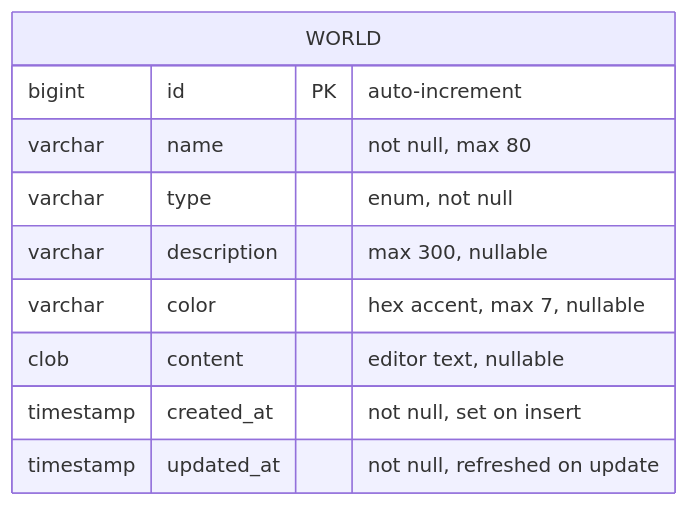
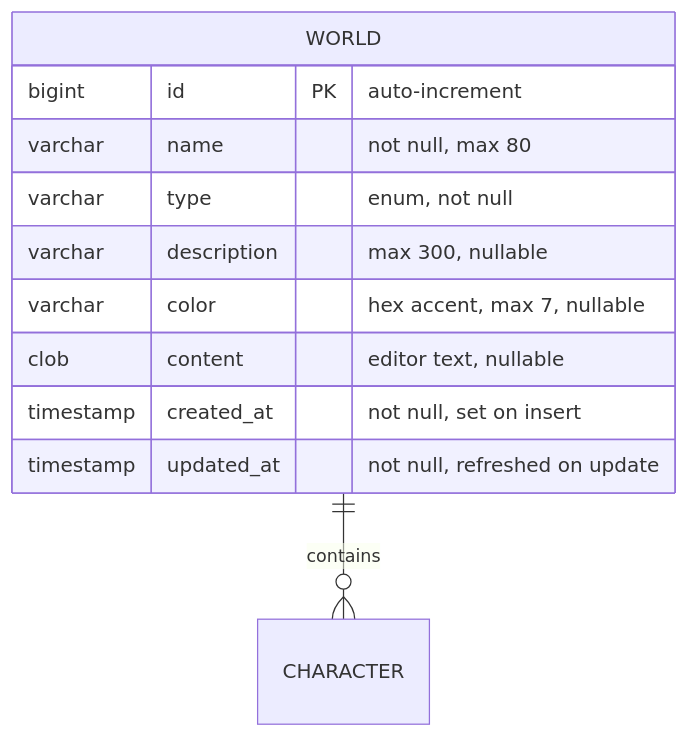
Before and after one commit to lirriya/Tvorsvit: the first of 2 diagrams in docs/data-model.md, drawn with Mermaid. The commit also changed other lines of this file and 3 other files, not shown here.

````diff
--- a/docs/data-model.md
+++ b/docs/data-model.md
@@ -21,13 +21,14 @@
 ```mermaid
 erDiagram
+    WORLD ||--o{ CHARACTER : contains
     WORLD {
         bigint id PK "auto-increment"
         varchar name "not null, max 80"
         varchar type "enum, not null"
         varchar description "max 300, nullable"
         varchar color "hex accent, max 7, nullable"
         clob content "editor text, nullable"
         timestamp created_at "not null, set on insert"
         timestamp updated_at "not null, refreshed on update"
     }
 ```
````
